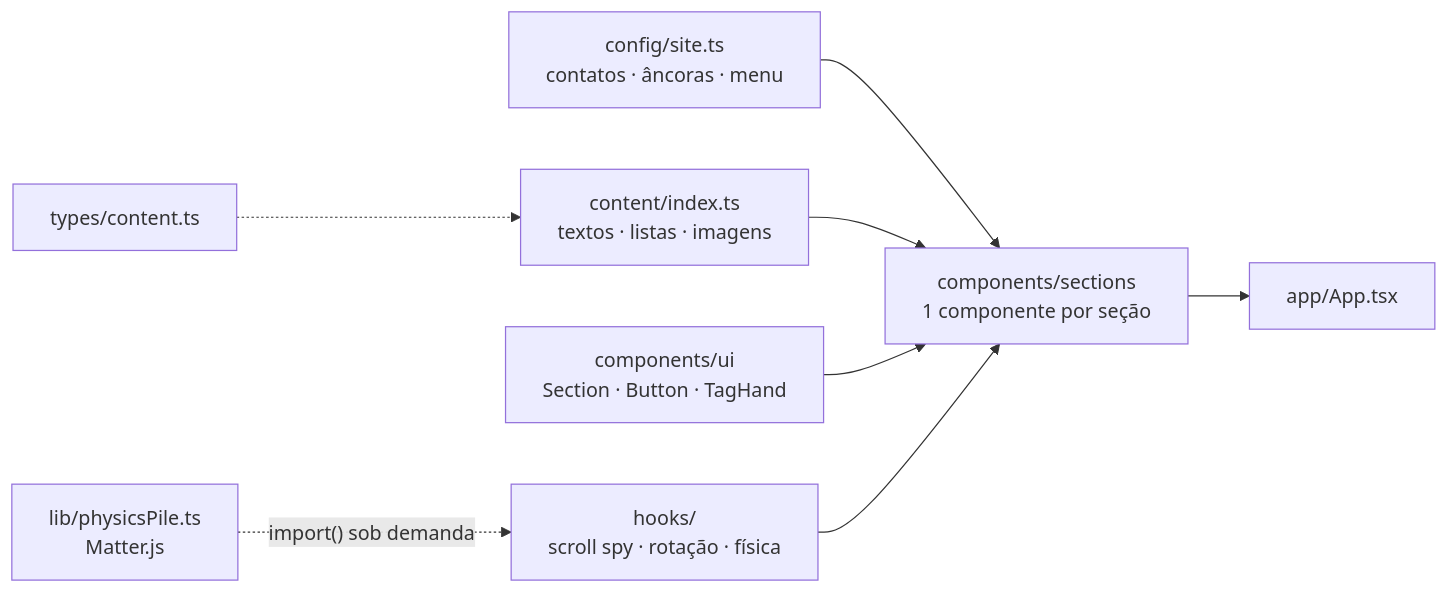
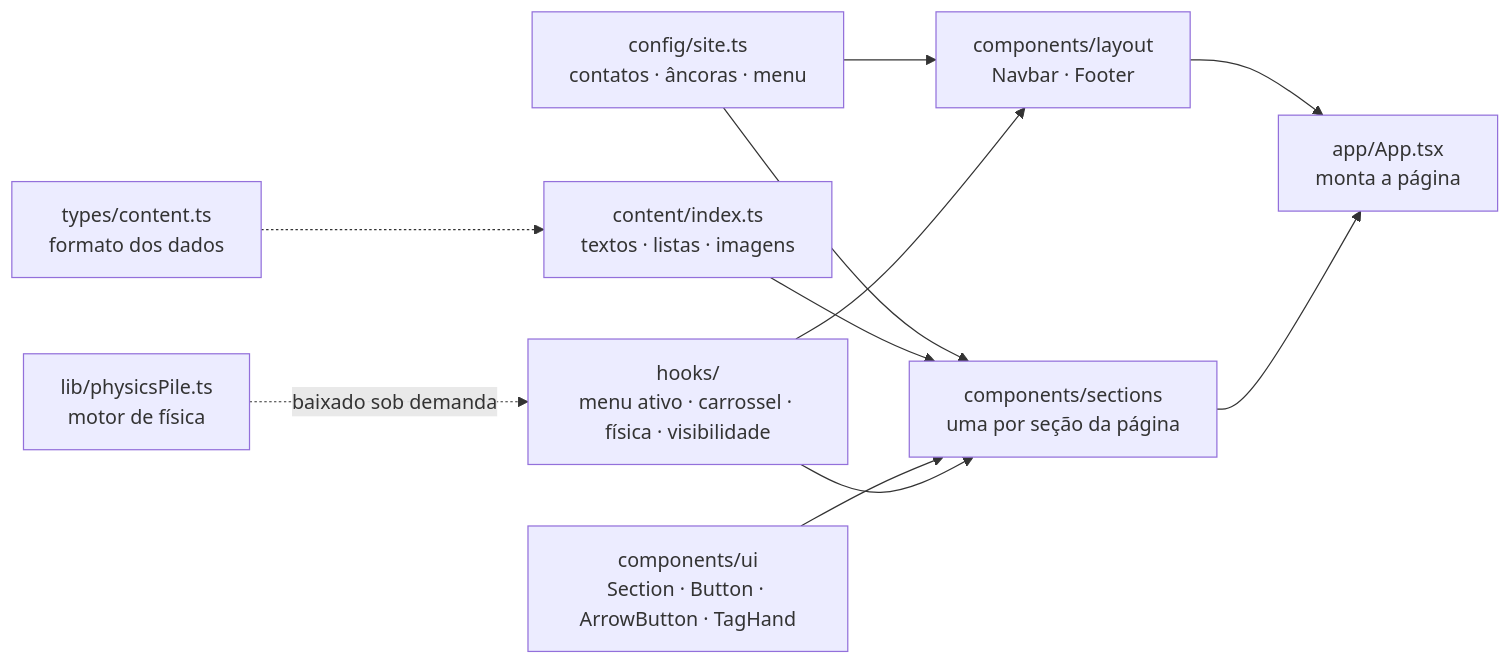
Before and after one commit to Matheusvc/portfolio: the first of 2 diagrams in README.md, drawn with Mermaid. The commit also changed other lines of this file and 4 other files, not shown here.

````diff
--- a/README.md
+++ b/README.md
@@ -51,10 +51,11 @@
 ```mermaid
 flowchart LR
-  config["config/site.ts<br/>contatos · âncoras · menu"] --> sections
+  config["config/site.ts<br/>contatos · âncoras · menu"] --> layout & sections
   content["content/index.ts<br/>textos · listas · imagens"] --> sections
-  types["types/content.ts"] -.-> content
-  ui["components/ui<br/>Section · Button · TagHand"] --> sections
-  hooks["hooks/<br/>scroll spy · rotação · física"] --> sections
-  lib["lib/physicsPile.ts<br/>Matter.js"] -. "import() sob demanda" .-> hooks
-  sections["components/sections<br/>1 componente por seção"] --> App["app/App.tsx"]
+  types["types/content.ts<br/>formato dos dados"] -.-> content
+  ui["components/ui<br/>Section · Button · ArrowButton · TagHand"] --> sections
+  hooks["hooks/<br/>menu ativo · carrossel · física · visibilidade"] --> layout & sections
+  lib["lib/physicsPile.ts<br/>motor de física"] -. "baixado sob demanda" .-> hooks
+  layout["components/layout<br/>Navbar · Footer"] --> App
+  sections["components/sections<br/>uma por seção da página"] --> App["app/App.tsx<br/>monta a página"]
 ```
````
